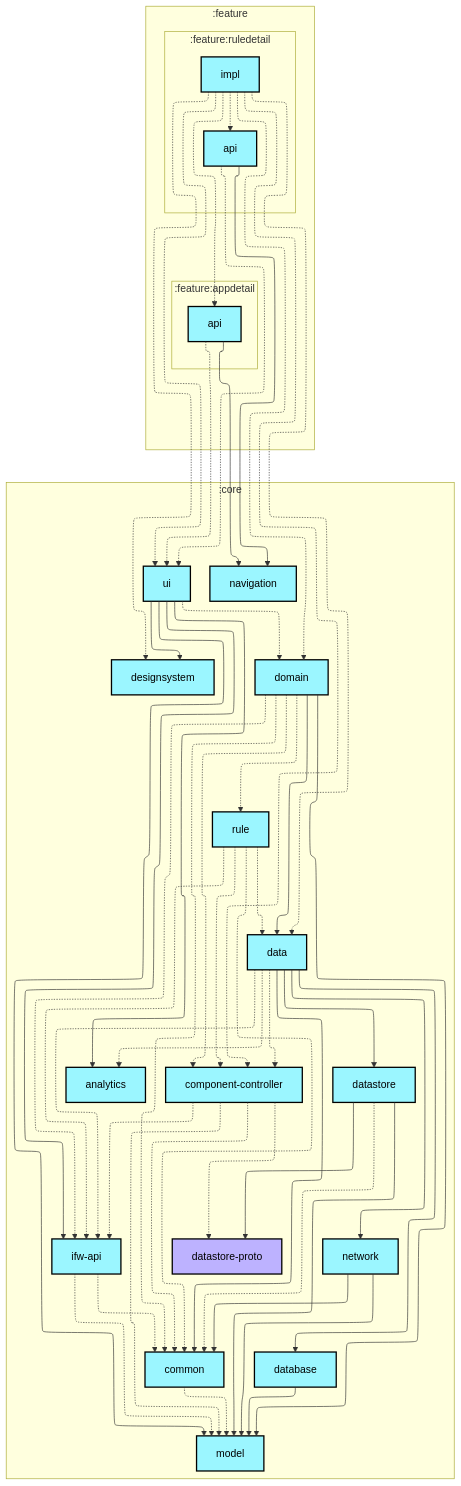
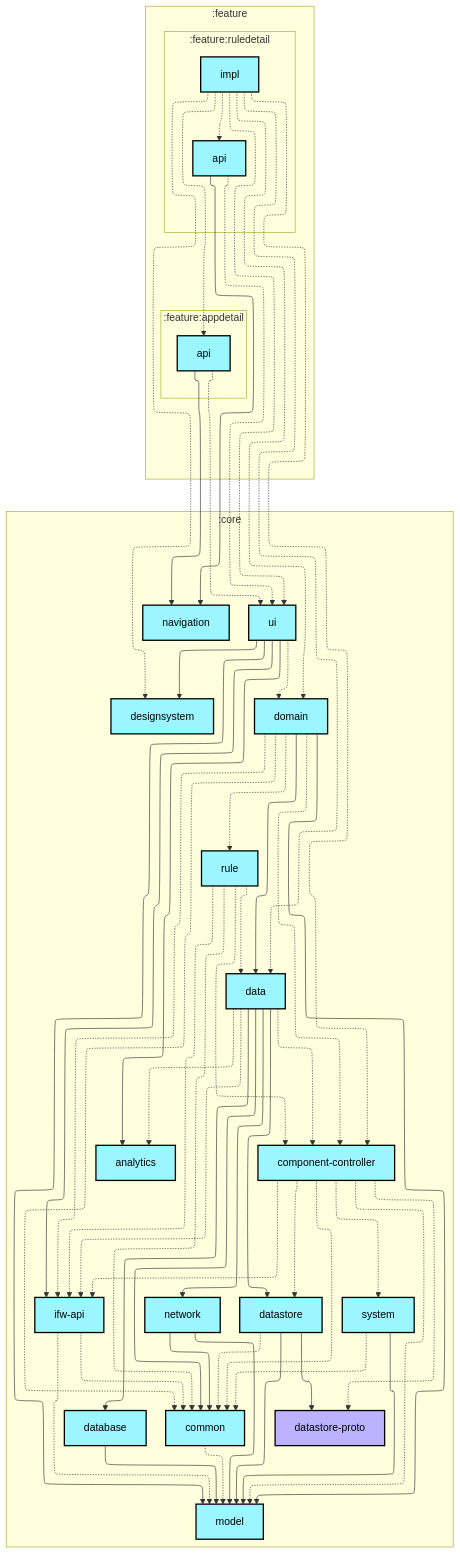
The first of 2 diagrams in feature/ruledetail/impl/README.md (lihenggui/blocker), drawn with Mermaid before and after one commit. The commit also changed 72 other files, not shown here.

```diff
--- a/feature/ruledetail/impl/README.md
+++ b/feature/ruledetail/impl/README.md
@@ -39,14 +39,17 @@
     :core:navigation[navigation]:::android-library
     :core:network[network]:::android-library
     :core:rule[rule]:::android-library
+    :core:system[system]:::android-library
     :core:ui[ui]:::android-library
   end
 
   :core:common -.-> :core:model
   :core:component-controller -.-> :core:common
+  :core:component-controller -.-> :core:datastore
   :core:component-controller -.-> :core:datastore-proto
   :core:component-controller -.-> :core:ifw-api
   :core:component-controller -.-> :core:model
+  :core:component-controller -.-> :core:system
   :core:data -.-> :core:analytics
   :core:data --> :core:common
   :core:data -.-> :core:component-controller
@@ -72,6 +75,8 @@
   :core:rule -.-> :core:component-controller
   :core:rule -.-> :core:data
   :core:rule -.-> :core:ifw-api
+  :core:system -.-> :core:common
+  :core:system --> :core:model
   :core:ui --> :core:analytics
   :core:ui --> :core:designsystem
   :core:ui -.-> :core:domain
```
